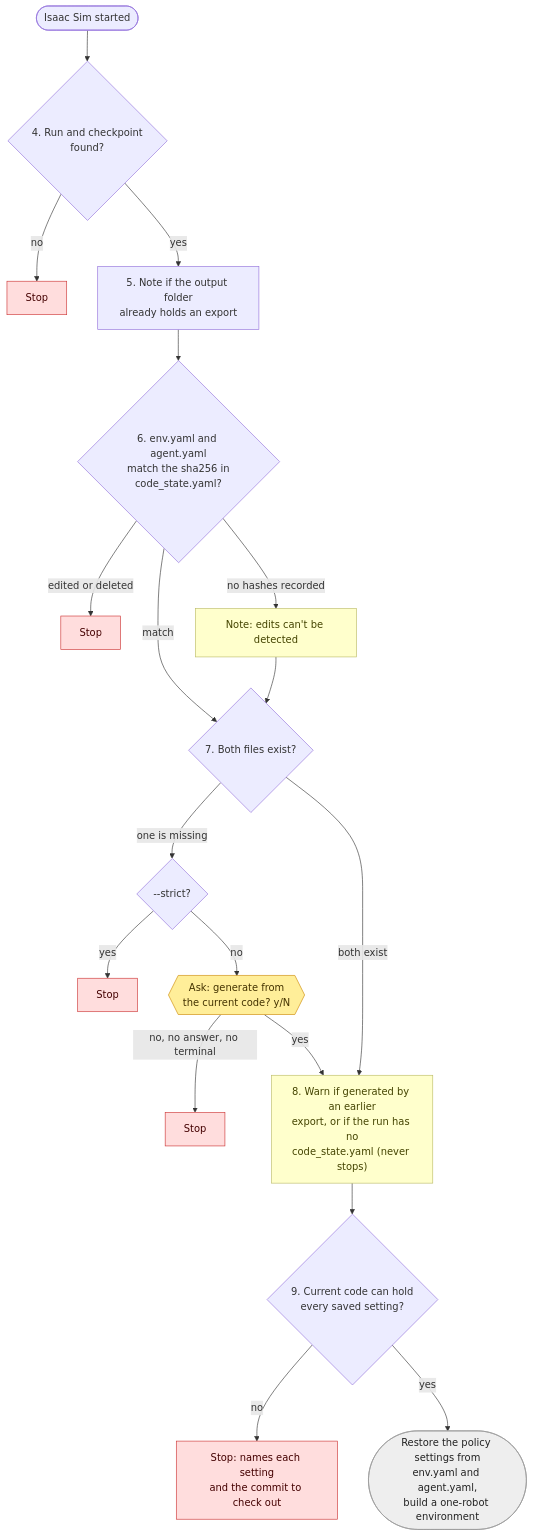
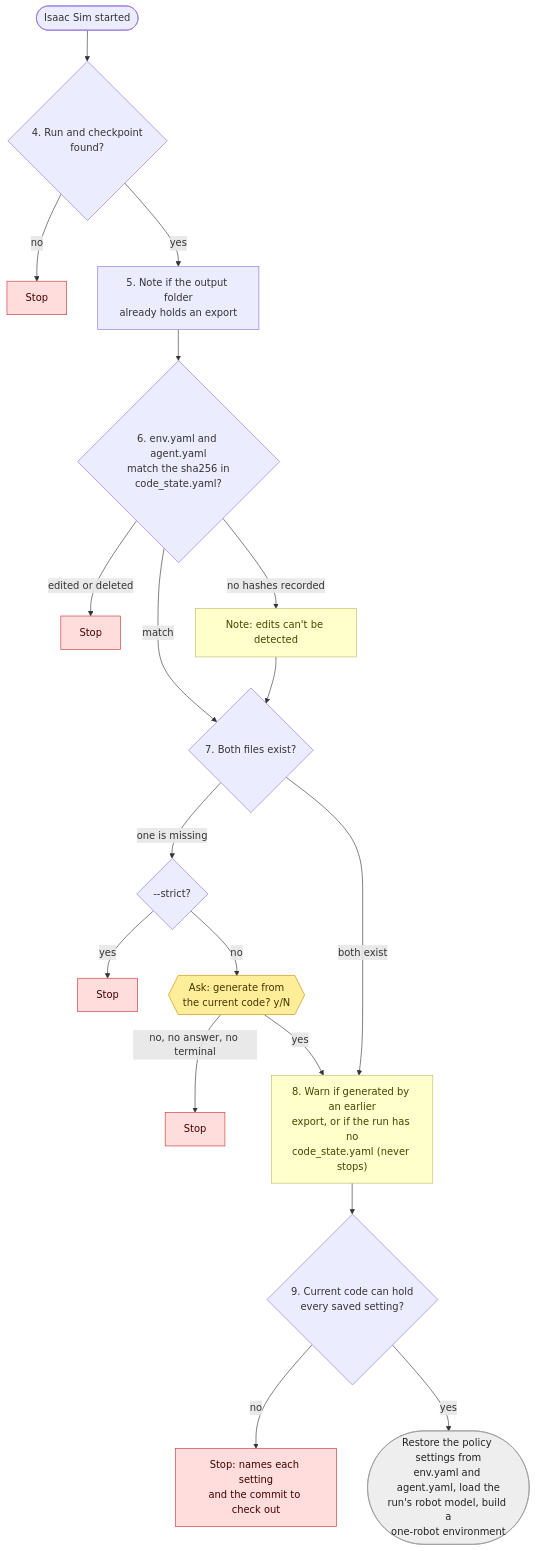
Before and after one commit to menloresearch/cyclotron: the third of 5 diagrams in docs/export.md, drawn with Mermaid. The commit also changed other lines of this file and 5 other files, not shown here.

Commit message:
Document how --export and --play load the robot model a run was trained with, and how to update the pinned robot model after a pull.

````diff
--- a/docs/export.md
+++ b/docs/export.md
@@ -150,30 +153,30 @@
 ```mermaid
 flowchart TD
     classDef stop fill:#fdd,stroke:#c33,color:#400
     classDef ask fill:#fe9,stroke:#c80,color:#430
     classDef warn fill:#ffc,stroke:#bb6,color:#440
     classDef step fill:#eee,stroke:#999,color:#222
 
     Start(["Isaac Sim started"]) --> C4
     C4{"4. Run and checkpoint<br/>found?"} -->|no| E4["Stop"]
     C4 -->|yes| C5["5. Note if the output folder<br/>already holds an export"]
     C5 --> C6{"6. env.yaml and agent.yaml<br/>match the sha256 in<br/>code_state.yaml?"}
     C6 -->|"edited or deleted"| E6["Stop"]
     C6 -->|"no hashes recorded"| N6["Note: edits can't be detected"]
     C6 -->|match| C7
     N6 --> C7{"7. Both files exist?"}
     C7 -->|"one is missing"| S7{"--strict?"}
     S7 -->|yes| E7["Stop"]
     S7 -->|no| A7{{"Ask: generate from<br/>the current code? y/N"}}
     A7 -->|"no, no answer, no terminal"| E7b["Stop"]
     A7 -->|yes| C8
     C7 -->|"both exist"| C8["8. Warn if generated by an earlier<br/>export, or if the run has no<br/>code_state.yaml (never stops)"]
     C8 --> C9{"9. Current code can hold<br/>every saved setting?"}
     C9 -->|no| E9["Stop: names each setting<br/>and the commit to check out"]
-    C9 -->|yes| Next(["Restore the policy settings from<br/>env.yaml and agent.yaml,<br/>build a one-robot environment"])
+    C9 -->|yes| Next(["Restore the policy settings from<br/>env.yaml and agent.yaml, load the<br/>run's robot model, build a<br/>one-robot environment"])
 
     class E4,E6,E7,E7b,E9 stop
     class A7 ask
     class N6,C8 warn
     class Next step
 ```
````
